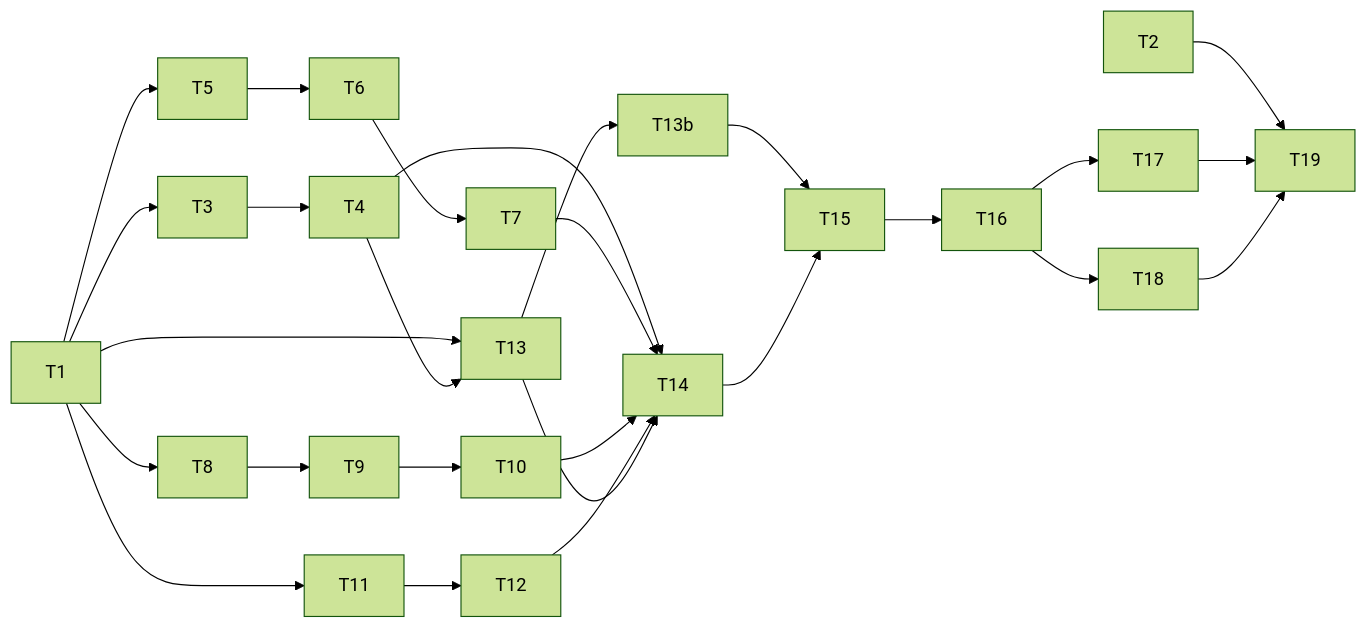
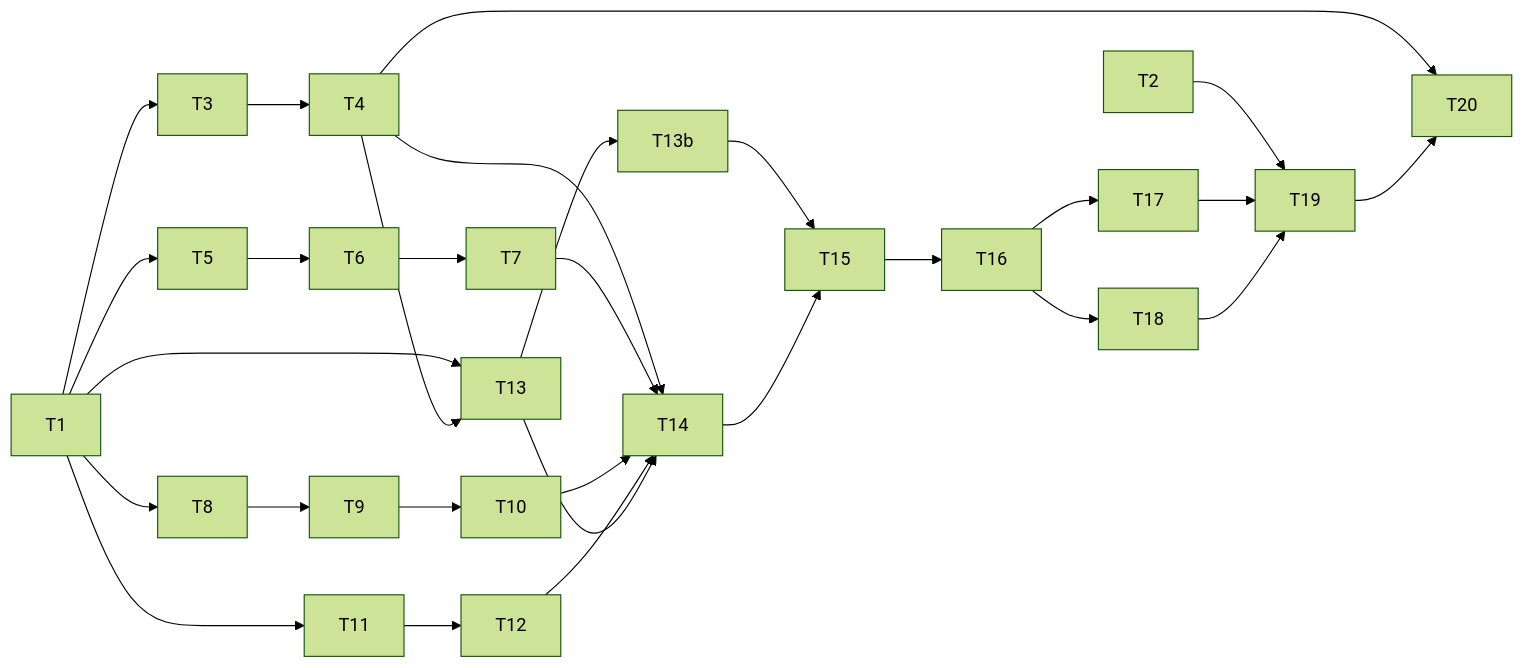
Before and after one commit to paggybansal/agentic-sdlc-docsync: the diagram in docs/04-impl-plan.md, drawn with Mermaid (forest theme). The commit also changed other lines of this file, not shown here.

````diff
--- a/docs/04-impl-plan.md
+++ b/docs/04-impl-plan.md
@@ -74,29 +77,31 @@
 ```mermaid
 flowchart LR
     T1 --> T3
     T3 --> T4
     T1 --> T5
     T5 --> T6
     T6 --> T7
     T1 --> T8
     T8 --> T9
     T9 --> T10
     T1 --> T11
     T11 --> T12
     T1 --> T13
     T4 --> T13
     T4 --> T14
     T7 --> T14
     T10 --> T14
     T12 --> T14
     T13 --> T14
     T13 --> T13b
     T13b --> T15
     T14 --> T15
     T15 --> T16
     T16 --> T17
     T16 --> T18
     T2 --> T19
     T17 --> T19
     T18 --> T19
+    T4 --> T20
+    T19 --> T20
 ```
````
